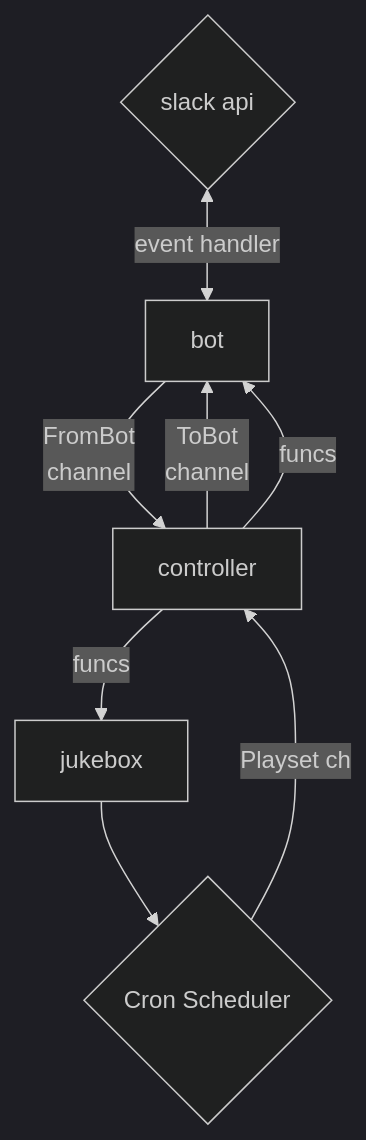
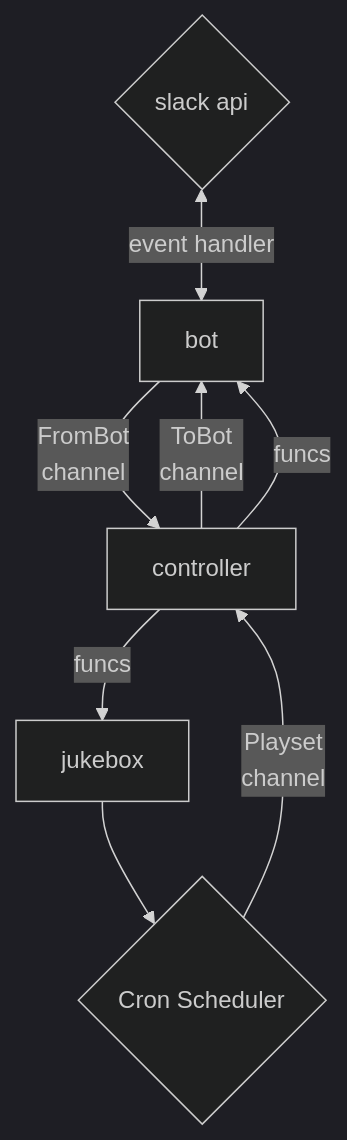
Before and after one commit to jdblack/sotd: the diagram in README.md, drawn with Mermaid (dark theme). The commit also changed other lines of this file, not shown here.

````diff
--- a/README.md
+++ b/README.md
@@ -130,10 +133,10 @@
 ```mermaid
 graph TD;
    slack{slack api}<-- event handler -->bot
    bot-- FromBot<br />channel --> controller
    controller-- ToBot<br />channel -->bot
    controller-- funcs  -->jukebox
    controller-- funcs  -->bot
    jukebox --> cron{Cron Scheduler}
-   cron{Cron Scheduler}-- Playset ch -->controller
+   cron{Cron Scheduler}-- Playset<br />channel -->controller
 ```
````
